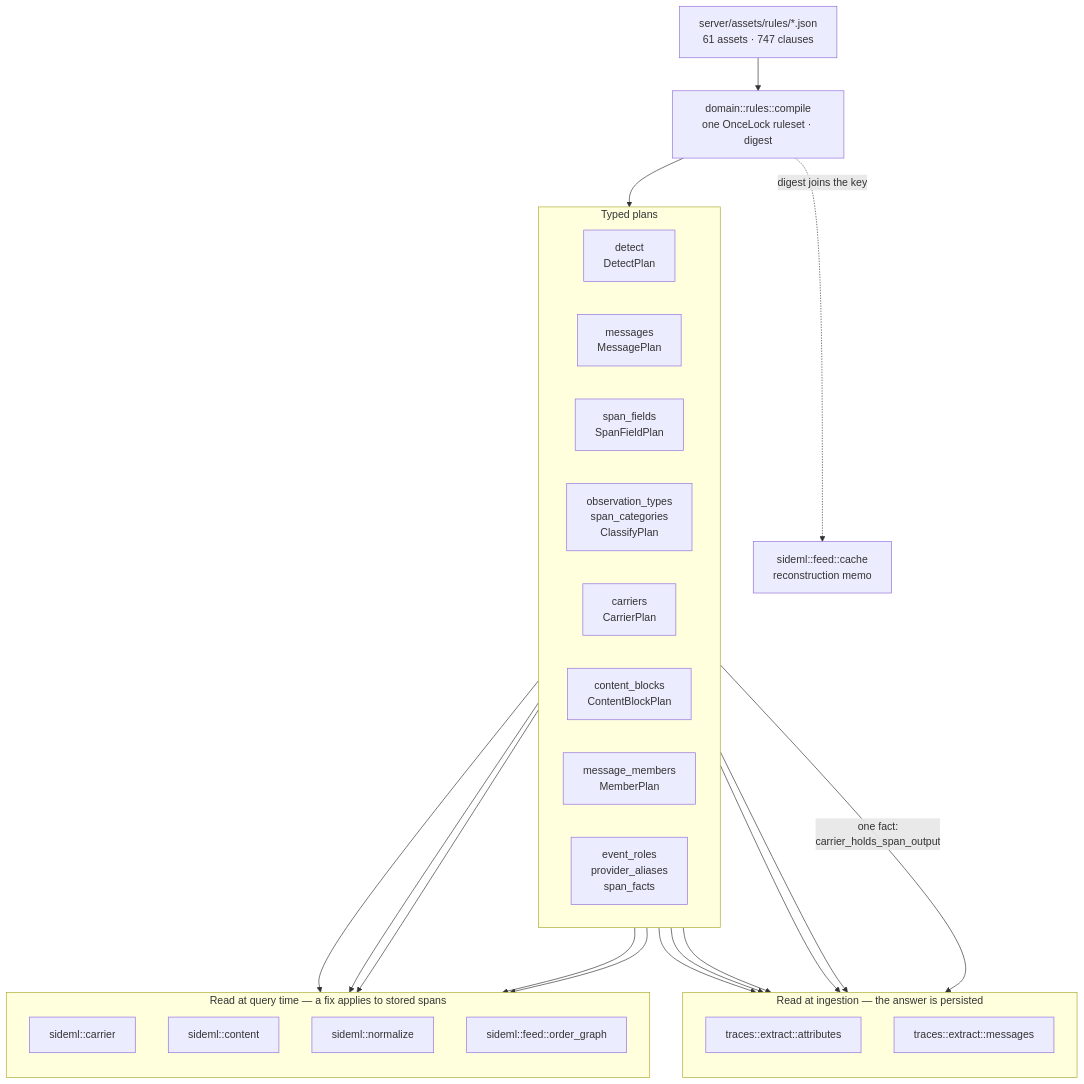
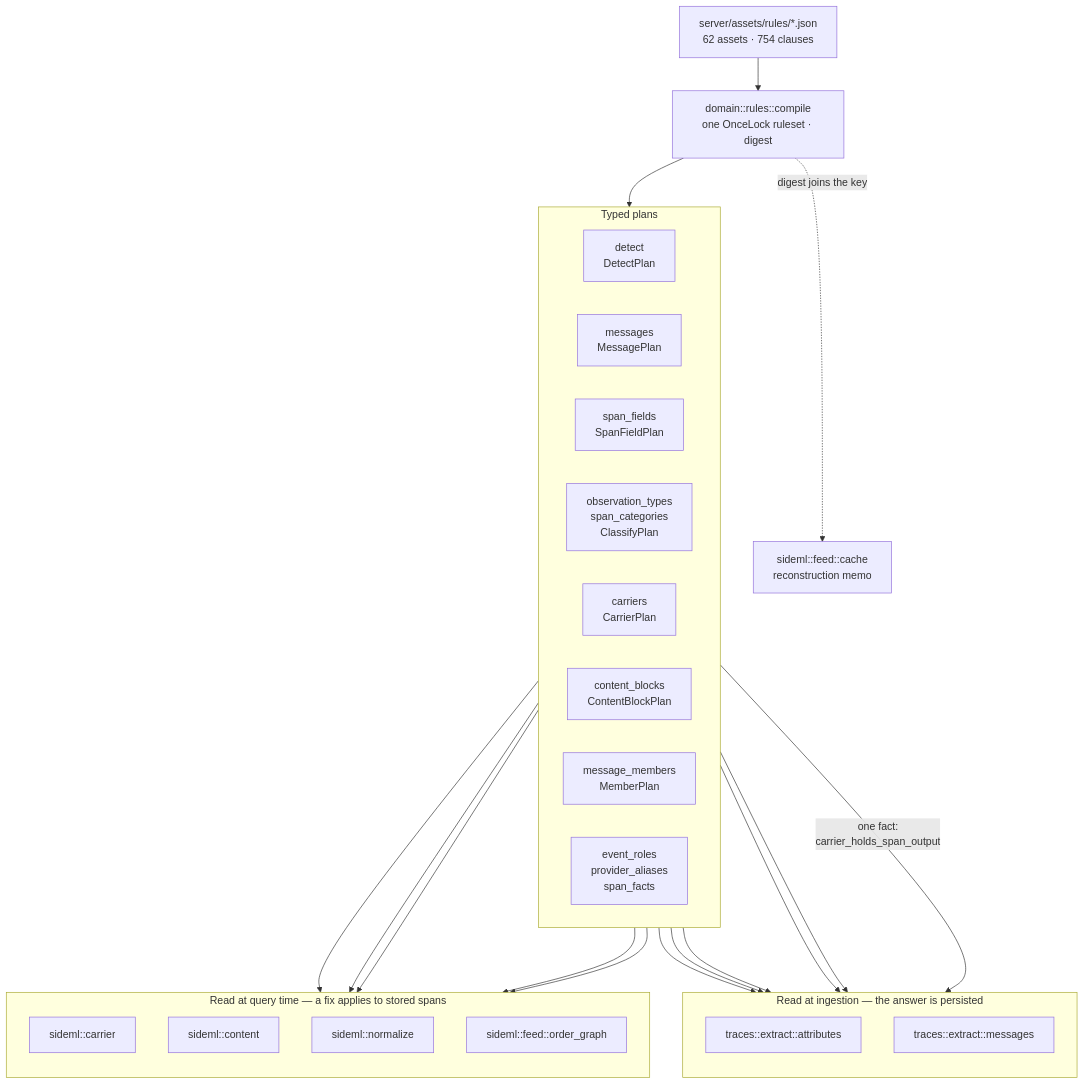
Before and after one commit to sideseat/sideseat: the first of 7 diagrams in docs/engineering/architecture-diagrams.md, drawn with Mermaid. The commit also changed 18 other files, not shown here.

````diff
--- a/docs/engineering/architecture-diagrams.md
+++ b/docs/engineering/architecture-diagrams.md
@@ -18,47 +18,47 @@
 ```mermaid
 flowchart TB
-    assets["server/assets/rules/*.json<br/>61 assets · 747 clauses"]
+    assets["server/assets/rules/*.json<br/>62 assets · 754 clauses"]
     compile["domain::rules::compile<br/>one OnceLock ruleset · digest"]
     assets --> compile
 
     subgraph plans["Typed plans"]
         direction LR
         detect["detect<br/>DetectPlan"]
         messages["messages<br/>MessagePlan"]
         fields["span_fields<br/>SpanFieldPlan"]
         classify["observation_types<br/>span_categories<br/>ClassifyPlan"]
         carriers["carriers<br/>CarrierPlan"]
         blocks["content_blocks<br/>ContentBlockPlan"]
         members["message_members<br/>MemberPlan"]
         roles["event_roles<br/>provider_aliases<br/>span_facts"]
     end
     compile --> plans
 
     subgraph ingest["Read at ingestion — the answer is persisted"]
         direction TB
         attrs["traces::extract::attributes"]
         msgs["traces::extract::messages"]
     end
 
     subgraph query["Read at query time — a fix applies to stored spans"]
         direction TB
         carrier["sideml::carrier"]
         content["sideml::content"]
         normalize["sideml::normalize"]
         order["sideml::feed::order_graph"]
     end
 
     detect --> attrs
     fields --> attrs
     classify --> attrs
     roles --> attrs
     messages --> msgs
     carriers -->|"one fact:<br/>carrier_holds_span_output"| msgs
     carriers --> carrier
     carriers --> order
     blocks --> content
     members --> content
     roles --> normalize
 
     compile -. "digest joins the key" .-> cache["sideml::feed::cache<br/>reconstruction memo"]
 ```
````
